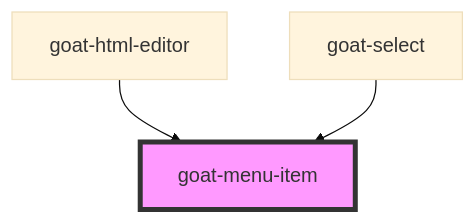
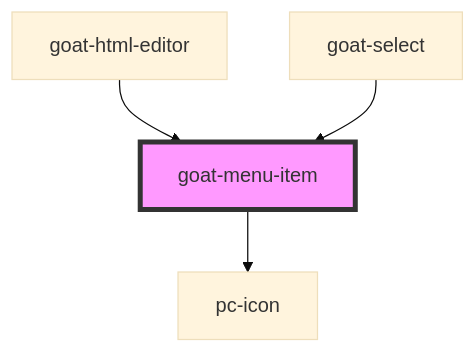
One commit to redvars/peacock changed the diagram in src/components/menu/menu-item/readme.md. Above: the diagram before and after it, drawn with Mermaid (base theme). The commit also changed other lines of this file and 64 other files, not shown here.

Commit message:
icon migrate from goat to peacock

````diff
--- a/src/components/menu/menu-item/readme.md
+++ b/src/components/menu/menu-item/readme.md
@@ -62,6 +66,7 @@
 ```mermaid
 graph TD;
+  goat-menu-item --> pc-icon
   goat-html-editor --> goat-menu-item
   goat-select --> goat-menu-item
   style goat-menu-item fill:#f9f,stroke:#333,stroke-width:4px
 ```
````
